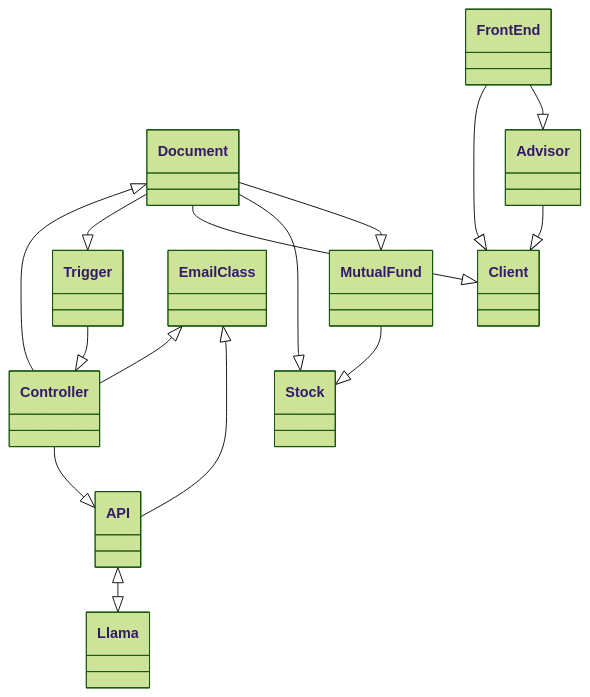
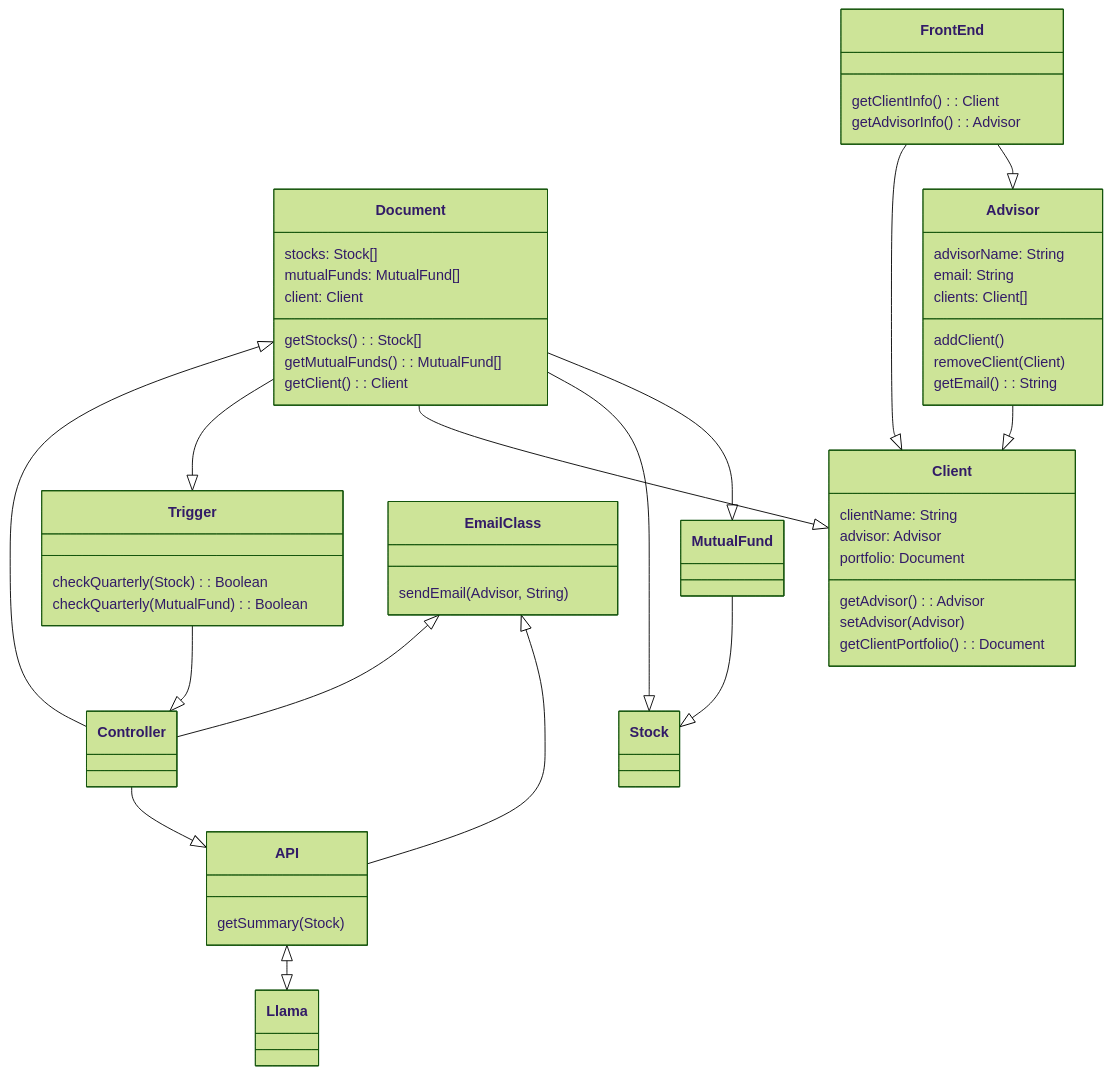
Before and after one commit to ChanRathke/PortfolioSentinel: the diagram in Design/DomainModel.md, drawn with Mermaid (forest theme). The commit also changed other lines of this file, not shown here.

````diff
--- a/Design/DomainModel.md
+++ b/Design/DomainModel.md
@@ -2,17 +2,56 @@
 ```mermaid
 classDiagram
-      Document <|-- Controller
-      Controller --|> API
-      Document --|> Trigger
-      Document --|> Client
-      FrontEnd --|> Client
-      FrontEnd --|> Advisor
-      Advisor --|> Client
-      Trigger --|> Controller 
-      EmailClass <|-- Controller
-      EmailClass <|-- API
-      API <|--|> Llama
-      Document --|> Stock
-      Document --|> Mutual Fund
-      Mutual Fund --|> Stock
+Document <|-- Controller
+Controller --|> API
+Document --|> Trigger
+Document --|> Client
+FrontEnd --|> Client
+FrontEnd --|> Advisor
+Advisor --|> Client
+Trigger --|> Controller 
+EmailClass <|-- Controller
+EmailClass <|-- API
+API <|--|> Llama
+Document --|> Stock
+Document --|> MutualFund
+Mutual Fund --|> Stock
+class Advisor {
+      advisorName: String
+      email: String
+      clients: Client[]
+      addClient()
+      removeClient(Client)
+      getEmail(): String
+}
+class Client {
+      clientName: String
+      advisor: Advisor
+      portfolio: Document
+      getAdvisor(): Advisor
+      setAdvisor(Advisor)
+      getClientPortfolio(): Document
+}
+class Document {
+      stocks: Stock[]
+      mutualFunds: MutualFund[]
+      client: Client
+      getStocks(): Stock[]
+      getMutualFunds(): MutualFund[]
+      getClient(): Client
+}
+class Trigger {
+      checkQuarterly(Stock): Boolean
+      checkQuarterly(MutualFund): Boolean
+}
+class FrontEnd {
+      getClientInfo(): Client
+      getAdvisorInfo(): Advisor
+}
+class API{
+      getSummary(Stock)
+}
+class EmailClass {
+      sendEmail(Advisor, String)
+}
+
 ```
````
